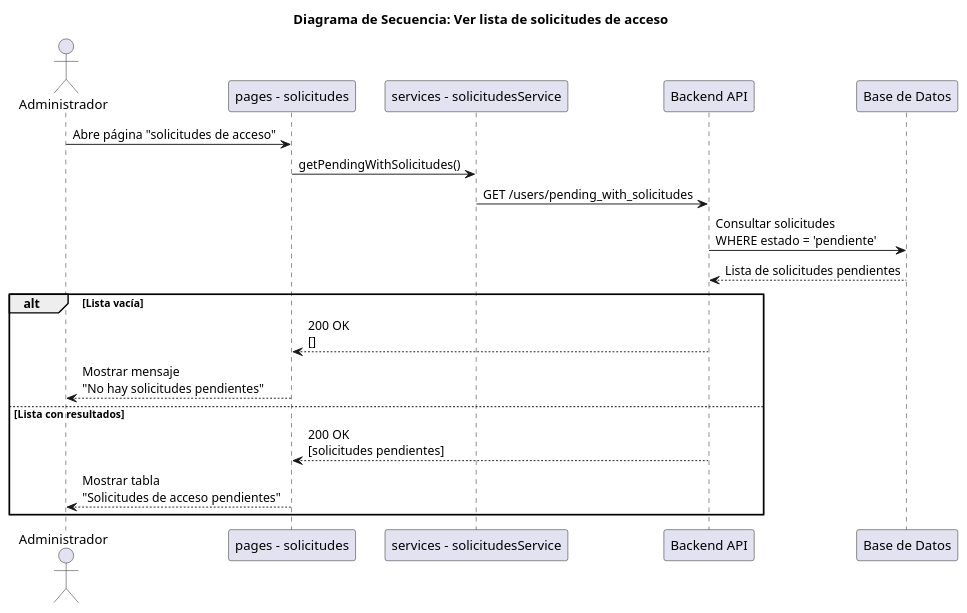
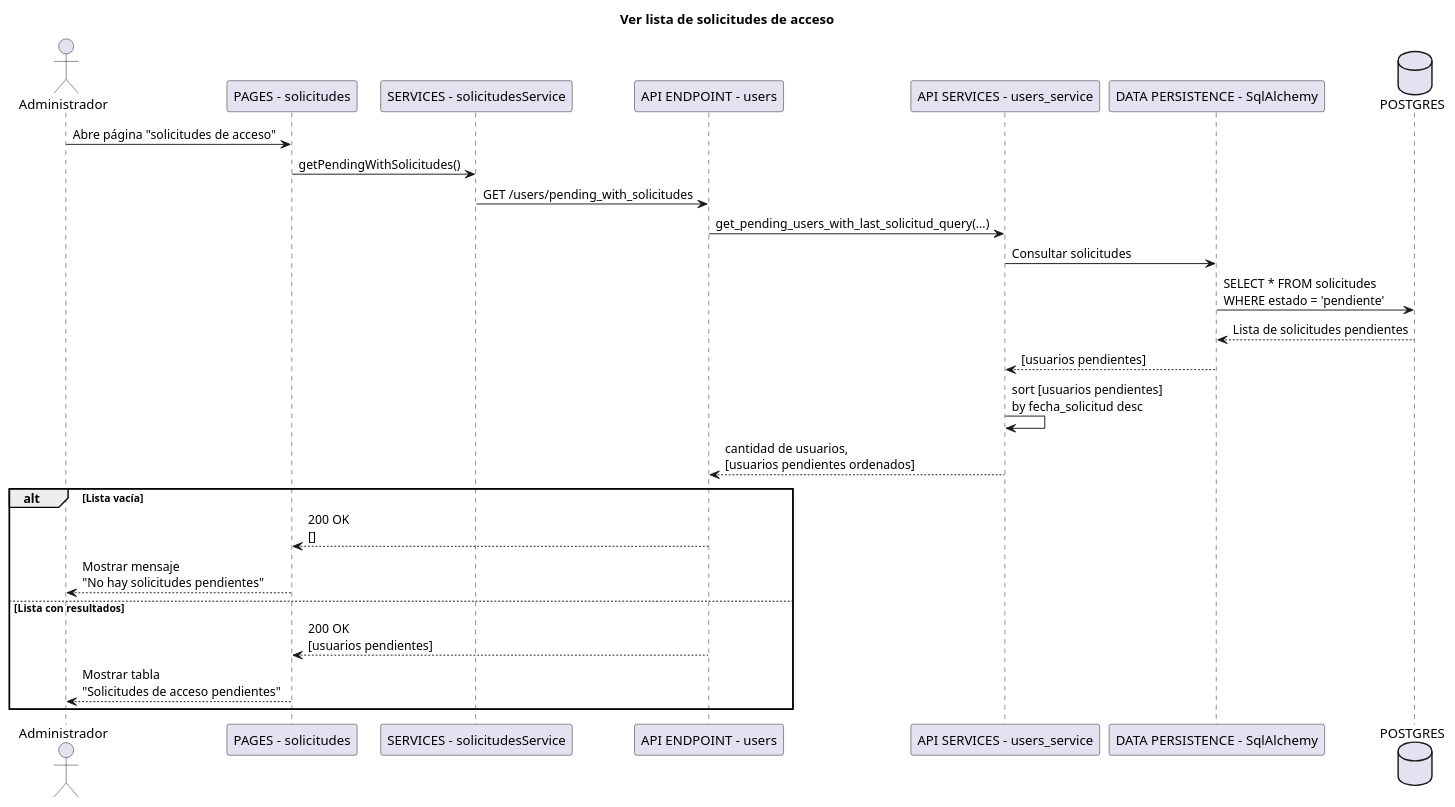
Before and after one commit to Niik4466/SolarWeb: the diagram in docs/diagrama_secuencia/sprint2/HU_5A.wsd, drawn with PlantUML. The commit also changed 1 other file, not shown here.

Commit message:
Agregados diagramas de flujo de: - HU_5A - HU_6A

```diff
--- a/docs/diagrama_secuencia/sprint2/HU_5A.wsd
+++ b/docs/diagrama_secuencia/sprint2/HU_5A.wsd
@@ -1,27 +1,34 @@
 @startuml
-title Diagrama de Secuencia: Ver lista de solicitudes de acceso
+title Ver lista de solicitudes de acceso
 
 actor Administrador
-participant UI as "pages - solicitudes"
-participant FE_Service as "services - solicitudesService"
-participant BE as "Backend API"
-participant DB as "Base de Datos"
+participant UI as "PAGES - solicitudes"
+participant FE_Service as "SERVICES - solicitudesService"
+participant ENDPOINT as "API ENDPOINT - users"
+participant SERVICES as "API SERVICES - users_service"
+participant SQL as "DATA PERSISTENCE - SqlAlchemy"
+database DB as "POSTGRES"
 
 Administrador -> UI : Abre página "solicitudes de acceso"
 
 UI -> FE_Service :  getPendingWithSolicitudes()
 
-FE_Service -> BE : GET /users/pending_with_solicitudes
+FE_Service -> ENDPOINT : GET /users/pending_with_solicitudes
 
-BE -> DB : Consultar solicitudes\nWHERE estado = 'pendiente'
-DB --> BE : Lista de solicitudes pendientes
+ENDPOINT -> SERVICES : get_pending_users_with_last_solicitud_query(...)
+SERVICES -> SQL : Consultar solicitudes
+SQL -> DB : SELECT * FROM solicitudes\nWHERE estado = 'pendiente'
+DB --> SQL : Lista de solicitudes pendientes
+SQL --> SERVICES : [usuarios pendientes]
+SERVICES -> SERVICES: sort [usuarios pendientes]\nby fecha_solicitud desc
+SERVICES --> ENDPOINT : cantidad de usuarios,\n[usuarios pendientes ordenados]
 
 alt Lista vacía
-    BE --> UI : 200 OK\n[]
+    ENDPOINT --> UI : 200 OK\n[]
     UI --> Administrador : Mostrar mensaje\n"No hay solicitudes pendientes"
 else Lista con resultados
-    BE --> UI : 200 OK\n[solicitudes pendientes]
+    ENDPOINT --> UI : 200 OK\n[usuarios pendientes]
     UI --> Administrador : Mostrar tabla\n"Solicitudes de acceso pendientes"
 end
 
 @enduml
```
